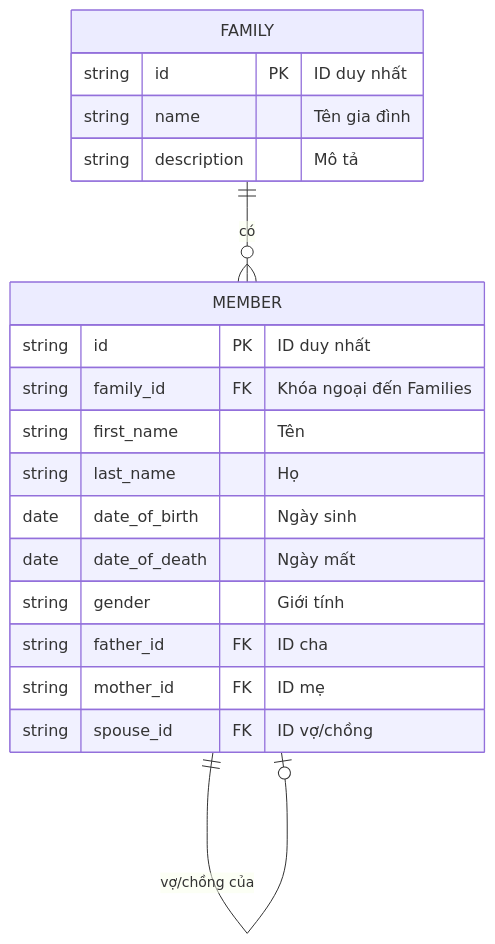
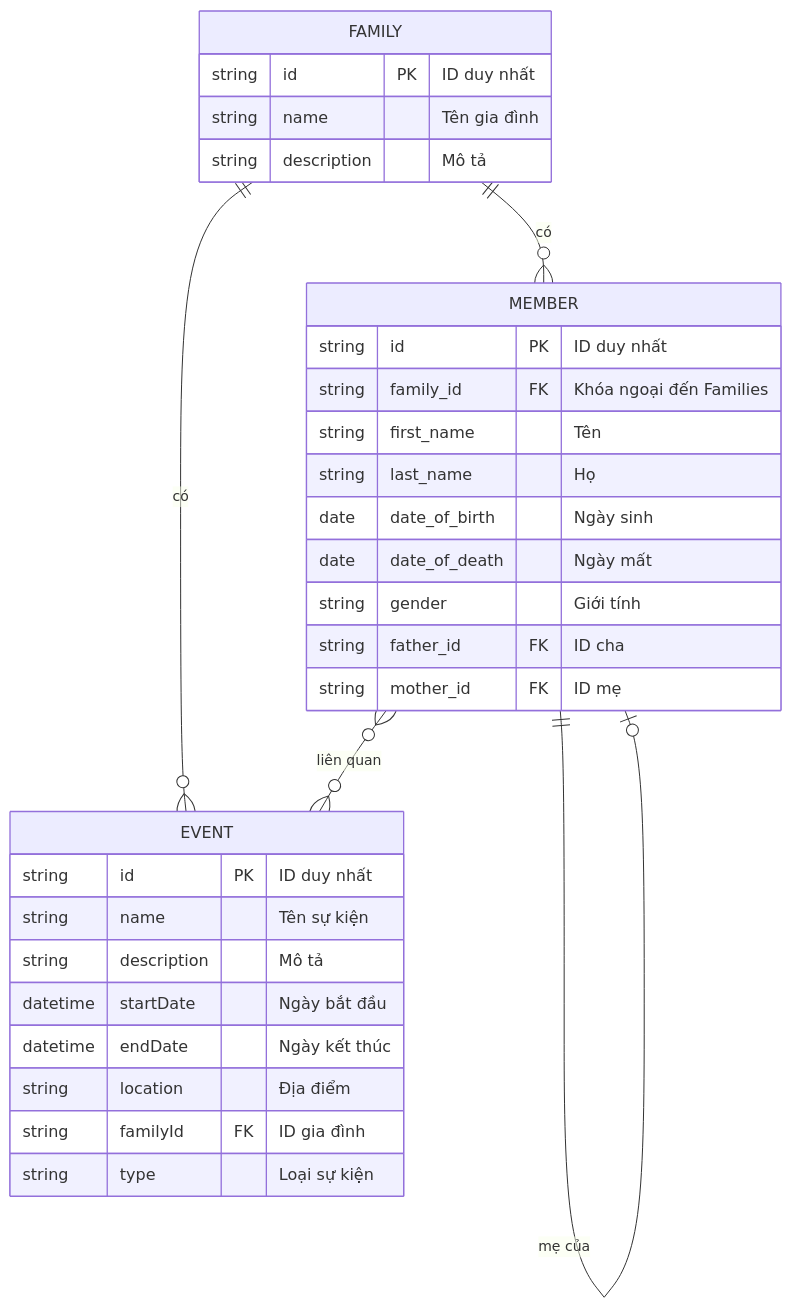
The diagram in docs/engineering/data-model.md (hkthao/family-tree-3), drawn with Mermaid before and after one commit. The commit also changed other lines of this file and 67 other files, not shown here.

````diff
--- a/docs/engineering/data-model.md
+++ b/docs/engineering/data-model.md
@@ -25,26 +25,37 @@
 ```mermaid
 erDiagram
     FAMILY {
         string id PK "ID duy nhất"
         string name "Tên gia đình"
         string description "Mô tả"
     }
 
     MEMBER {
         string id PK "ID duy nhất"
         string family_id FK "Khóa ngoại đến Families"
         string first_name "Tên"
         string last_name "Họ"
         date date_of_birth "Ngày sinh"
         date date_of_death "Ngày mất"
         string gender "Giới tính"
         string father_id FK "ID cha"
         string mother_id FK "ID mẹ"
-        string spouse_id FK "ID vợ/chồng"
+    }
+
+    EVENT {
+        string id PK "ID duy nhất"
+        string name "Tên sự kiện"
+        string description "Mô tả"
+        datetime startDate "Ngày bắt đầu"
+        datetime endDate "Ngày kết thúc"
+        string location "Địa điểm"
+        string familyId FK "ID gia đình"
+        string type "Loại sự kiện"
     }
 
     FAMILY ||--o{ MEMBER : "có"
     MEMBER ||--o| MEMBER : "cha của"
     MEMBER ||--o| MEMBER : "mẹ của"
-    MEMBER ||--o| MEMBER : "vợ/chồng của"
+    FAMILY ||--o{ EVENT : "có"
+    MEMBER }o--o{ EVENT : "liên quan"
 ```
````
